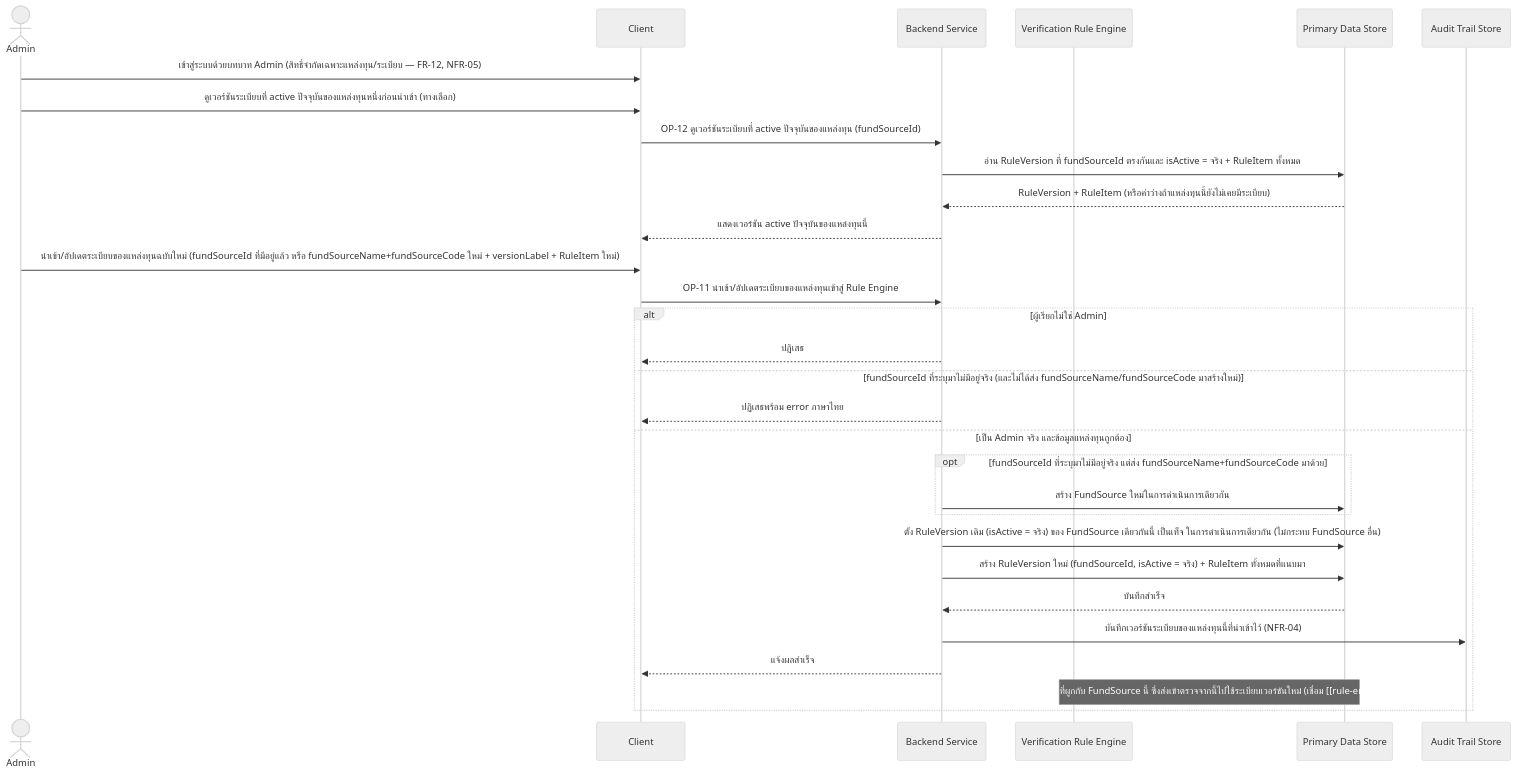
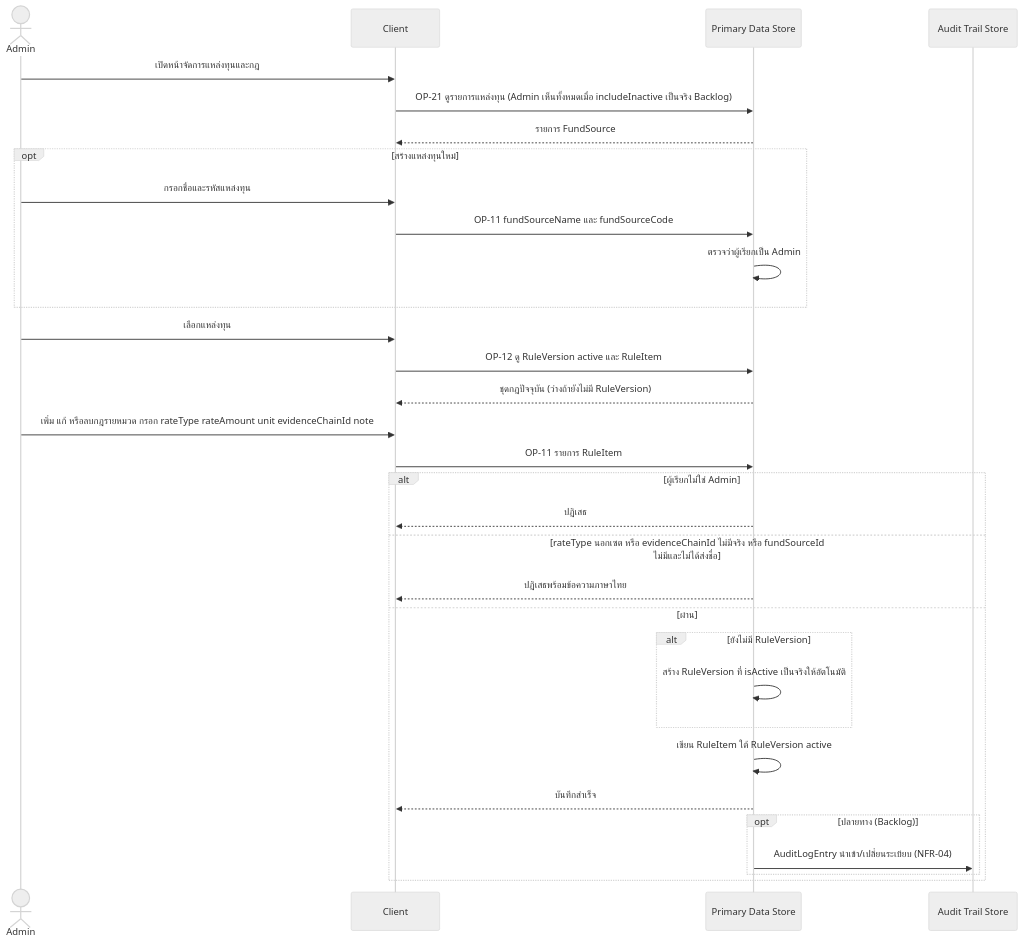
Before and after one commit to ptrsswnr/Grant-Receipt-Assistant: the first of 2 diagrams in docs/02-design/02-technical/detailed-design/admin-rule-management.md, drawn with Mermaid (neutral theme). The commit also changed other lines of this file and 27 other files, not shown here.

````diff
--- a/docs/02-design/02-technical/detailed-design/admin-rule-management.md
+++ b/docs/02-design/02-technical/detailed-design/admin-rule-management.md
@@ -35,33 +27,35 @@
 ```mermaid
 sequenceDiagram
     actor A as Admin
     participant C as Client
-    participant B as Backend Service
-    participant RE as Verification Rule Engine
     participant DS as Primary Data Store
-    participant AT as Audit Trail Store
+    participant AU as Audit Trail Store
 
-    A->>C: เข้าสู่ระบบด้วยบทบาท Admin (สิทธิ์จำกัดเฉพาะแหล่งทุน/ระเบียบ — FR-12, NFR-05)
-    A->>C: ดูเวอร์ชันระเบียบที่ active ปัจจุบันของแหล่งทุนหนึ่งก่อนนำเข้า (ทางเลือก)
-    C->>B: OP-12 ดูเวอร์ชันระเบียบที่ active ปัจจุบันของแหล่งทุน (fundSourceId)
-    B->>DS: อ่าน RuleVersion ที่ fundSourceId ตรงกันและ isActive = จริง + RuleItem ทั้งหมด
-    DS-->>B: RuleVersion + RuleItem (หรือค่าว่างถ้าแหล่งทุนนี้ยังไม่เคยมีระเบียบ)
-    B-->>C: แสดงเวอร์ชัน active ปัจจุบันของแหล่งทุนนี้
-    A->>C: นำเข้า/อัปเดตระเบียบของแหล่งทุนฉบับใหม่ (fundSourceId ที่มีอยู่แล้ว หรือ fundSourceName+fundSourceCode ใหม่ + versionLabel + RuleItem ใหม่)
-    C->>B: OP-11 นำเข้า/อัปเดตระเบียบของแหล่งทุนเข้าสู่ Rule Engine
+    A->>C: เปิดหน้าจัดการแหล่งทุนและกฎ
+    C->>DS: OP-21 ดูรายการแหล่งทุน (Admin เห็นทั้งหมดเมื่อ includeInactive เป็นจริง Backlog)
+    DS-->>C: รายการ FundSource
+    opt สร้างแหล่งทุนใหม่
+        A->>C: กรอกชื่อและรหัสแหล่งทุน
+        C->>DS: OP-11 fundSourceName และ fundSourceCode
+        DS->>DS: ตรวจว่าผู้เรียกเป็น Admin
+    end
+    A->>C: เลือกแหล่งทุน
+    C->>DS: OP-12 ดู RuleVersion active และ RuleItem
+    DS-->>C: ชุดกฎปัจจุบัน (ว่างถ้ายังไม่มี RuleVersion)
+    A->>C: เพิ่ม แก้ หรือลบกฎรายหมวด กรอก rateType rateAmount unit evidenceChainId note
+    C->>DS: OP-11 รายการ RuleItem
     alt ผู้เรียกไม่ใช่ Admin
-        B-->>C: ปฏิเสธ
-    else fundSourceId ที่ระบุมาไม่มีอยู่จริง (และไม่ได้ส่ง fundSourceName/fundSourceCode มาสร้างใหม่)
-        B-->>C: ปฏิเสธพร้อม error ภาษาไทย
-    else เป็น Admin จริง และข้อมูลแหล่งทุนถูกต้อง
-        opt fundSourceId ที่ระบุมาไม่มีอยู่จริง แต่ส่ง fundSourceName+fundSourceCode มาด้วย
-            B->>DS: สร้าง FundSource ใหม่ในการดำเนินการเดียวกัน
+        DS-->>C: ปฏิเสธ
+    else rateType นอกเซต หรือ evidenceChainId ไม่มีจริง หรือ fundSourceId ไม่มีและไม่ได้ส่งชื่อ
+        DS-->>C: ปฏิเสธพร้อมข้อความภาษาไทย
+    else ผ่าน
+        alt ยังไม่มี RuleVersion
+            DS->>DS: สร้าง RuleVersion ที่ isActive เป็นจริงให้อัตโนมัติ
         end
-        B->>DS: ตั้ง RuleVersion เดิม (isActive = จริง) ของ FundSource เดียวกันนี้ เป็นเท็จ ในการดำเนินการเดียวกัน (ไม่กระทบ FundSource อื่น)
-        B->>DS: สร้าง RuleVersion ใหม่ (fundSourceId, isActive = จริง) + RuleItem ทั้งหมดที่แนบมา
-        DS-->>B: บันทึกสำเร็จ
-        B->>AT: บันทึกเวอร์ชันระเบียบของแหล่งทุนนี้ที่นำเข้าไว้ (NFR-04)
-        B-->>C: แจ้งผลสำเร็จ
-        Note over RE,DS: ใบเสร็จของทุก Project ที่ผูกกับ FundSource นี้ ซึ่งส่งเข้าตรวจจากนี้ไปใช้ระเบียบเวอร์ชันใหม่ (เชื่อม [[rule-engine-verification]])
+        DS->>DS: เขียน RuleItem ใต้ RuleVersion active
+        DS-->>C: บันทึกสำเร็จ
+        opt ปลายทาง (Backlog)
+            DS->>AU: AuditLogEntry นำเข้า/เปลี่ยนระเบียบ (NFR-04)
+        end
     end
 ```
````
